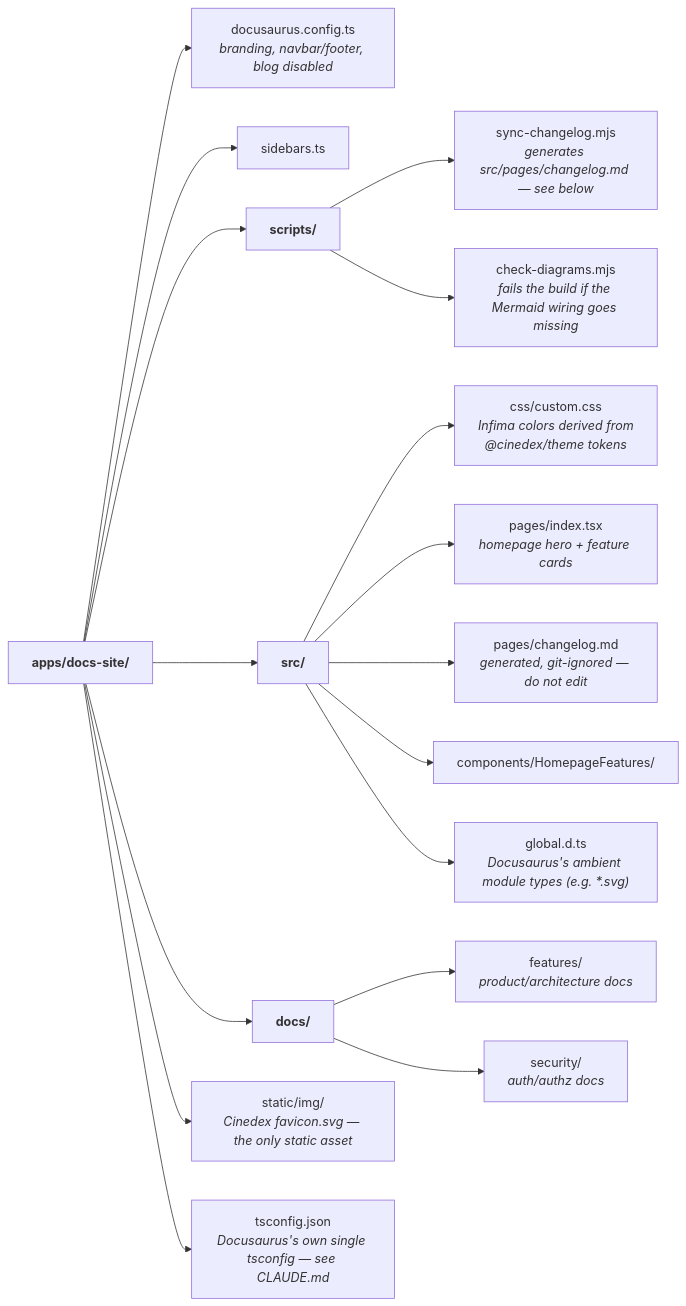
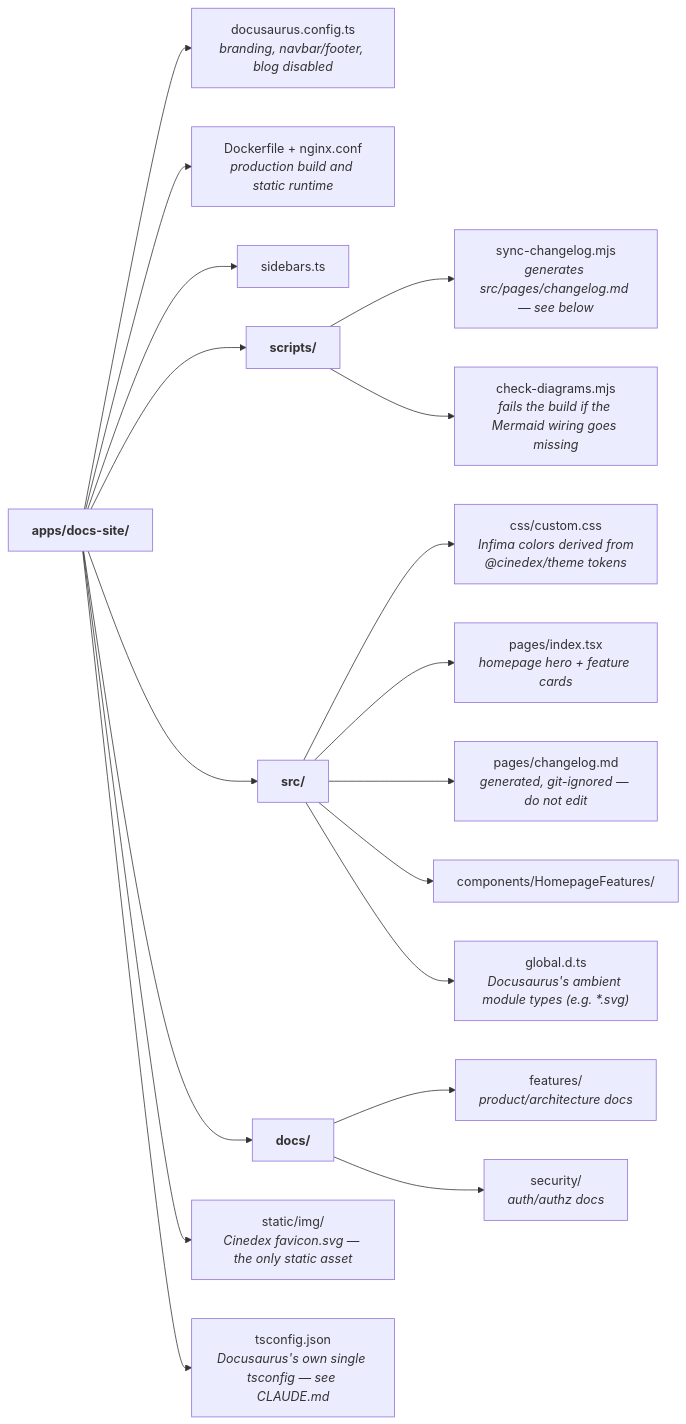
One commit to felipedferreira/Cinedex changed the diagram in frontend/apps/docs-site/README.md. Above: the diagram before and after it, drawn with Mermaid. The commit also changed other lines of this file and 22 other files, not shown here.

````diff
--- a/frontend/apps/docs-site/README.md
+++ b/frontend/apps/docs-site/README.md
@@ -16,24 +16,25 @@
 ```mermaid
 flowchart LR
     DS["<b>apps/docs-site/</b>"]
 
     DS --> CFG["docusaurus.config.ts<br/><i>branding, navbar/footer, blog disabled</i>"]
+    DS --> DOCKER["Dockerfile + nginx.conf<br/><i>production build and static runtime</i>"]
     DS --> SB["sidebars.ts"]
     DS --> SCRIPTS["<b>scripts/</b>"]
     DS --> SRC["<b>src/</b>"]
     DS --> DOCS["<b>docs/</b>"]
     DS --> STATIC["static/img/<br/><i>Cinedex favicon.svg — the only static asset</i>"]
     DS --> TS["tsconfig.json<br/><i>Docusaurus's own single tsconfig — see CLAUDE.md</i>"]
 
     SCRIPTS --> S1["sync-changelog.mjs<br/><i>generates src/pages/changelog.md — see below</i>"]
     SCRIPTS --> S2["check-diagrams.mjs<br/><i>fails the build if the Mermaid wiring goes missing</i>"]
 
     SRC --> R1["css/custom.css<br/><i>Infima colors derived from<br/>@cinedex/theme tokens</i>"]
     SRC --> R2["pages/index.tsx<br/><i>homepage hero + feature cards</i>"]
     SRC --> R3["pages/changelog.md<br/><i>generated, git-ignored — do not edit</i>"]
     SRC --> R4["components/HomepageFeatures/"]
     SRC --> R5["global.d.ts<br/><i>Docusaurus's ambient module types (e.g. *.svg)</i>"]
 
     DOCS --> D1["features/<br/><i>product/architecture docs</i>"]
     DOCS --> D2["security/<br/><i>auth/authz docs</i>"]
 ```
````
